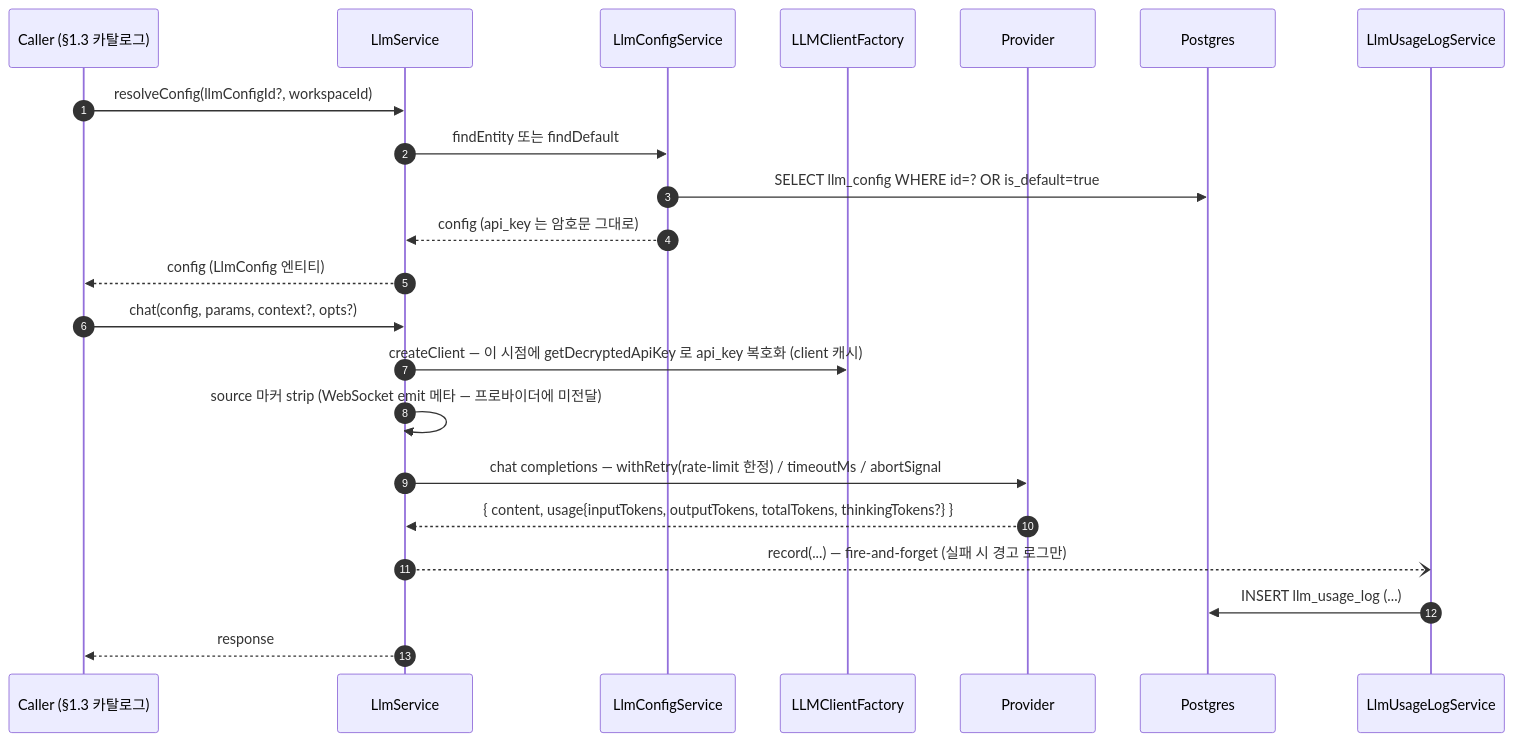
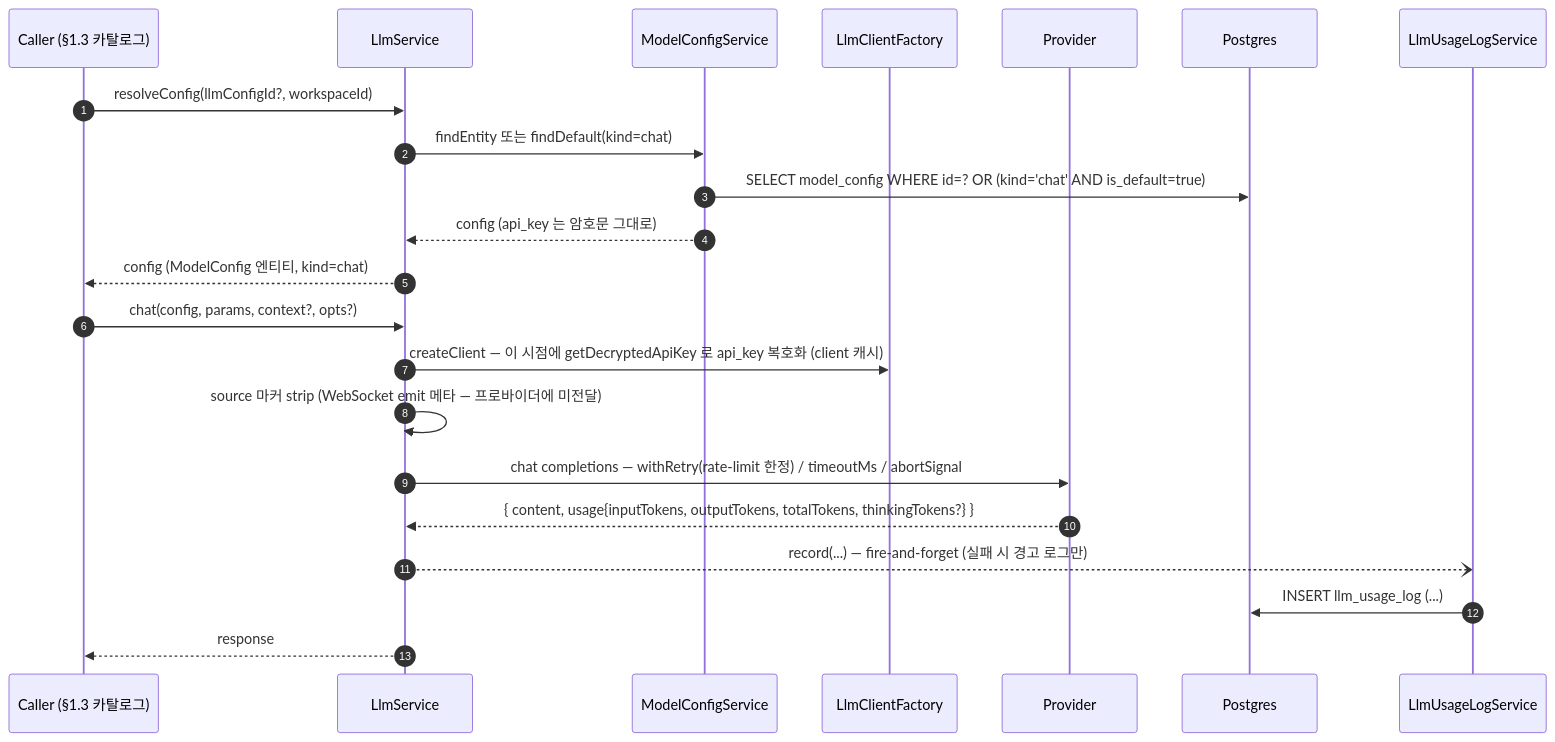
One commit to worker-ants/clemvion changed the second of 2 diagrams in spec/data-flow/7-llm-usage.md. Above: the diagram before and after it, drawn with Mermaid. The commit also changed other lines of this file and 173 other files, not shown here.

````diff
--- a/spec/data-flow/7-llm-usage.md
+++ b/spec/data-flow/7-llm-usage.md
@@ -59,25 +58,25 @@
 ```mermaid
 sequenceDiagram
   autonumber
   participant Caller as Caller (§1.3 카탈로그)
   participant LL as LlmService
-  participant Cf as LlmConfigService
-  participant Fac as LLMClientFactory
+  participant Cf as ModelConfigService
+  participant Fac as LlmClientFactory
   participant Prov as Provider
   participant PG as Postgres
   participant Log as LlmUsageLogService
 
   Caller->>LL: resolveConfig(llmConfigId?, workspaceId)
-  LL->>Cf: findEntity 또는 findDefault
-  Cf->>PG: SELECT llm_config WHERE id=? OR is_default=true
+  LL->>Cf: findEntity 또는 findDefault(kind=chat)
+  Cf->>PG: SELECT model_config WHERE id=? OR (kind='chat' AND is_default=true)
   Cf-->>LL: config (api_key 는 암호문 그대로)
-  LL-->>Caller: config (LlmConfig 엔티티)
+  LL-->>Caller: config (ModelConfig 엔티티, kind=chat)
   Caller->>LL: chat(config, params, context?, opts?)
   LL->>Fac: createClient — 이 시점에 getDecryptedApiKey 로 api_key 복호화 (client 캐시)
   LL->>LL: source 마커 strip (WebSocket emit 메타 — 프로바이더에 미전달)
   LL->>Prov: chat completions — withRetry(rate-limit 한정) / timeoutMs / abortSignal
   Prov-->>LL: { content, usage{inputTokens, outputTokens, totalTokens, thinkingTokens?} }
   LL--)Log: record(...) — fire-and-forget (실패 시 경고 로그만)
   Log->>PG: INSERT llm_usage_log (...)
   LL-->>Caller: response
 ```
````
